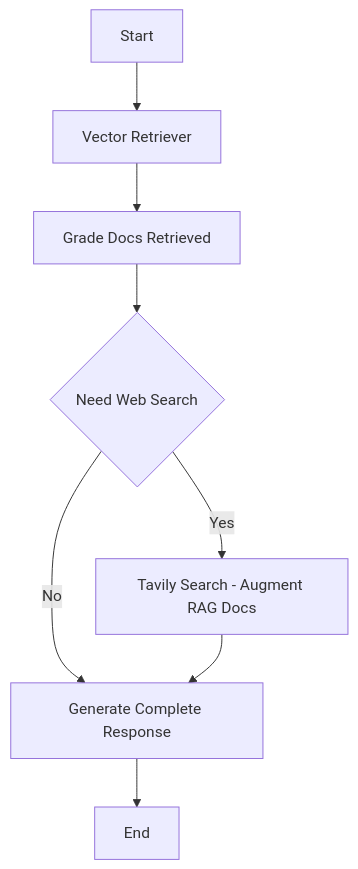
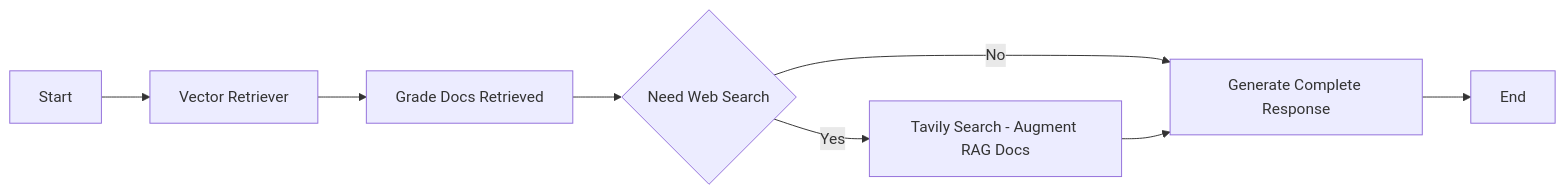
One commit to upjohnc/langgraph-with-evalution-psg changed the diagram in slidev/slides.md. Above: the diagram before and after it, drawn with Mermaid. The commit also changed other lines of this file and 2 other files, not shown here.

````diff
--- a/slidev/slides.md
+++ b/slidev/slides.md
@@ -63,10 +44,10 @@
 ```mermaid {theme: 'neutral', scale: 0.5}
-graph TD
+graph LR
 A[Start] --> B[Vector Retriever]
 B --> C[Grade Docs Retrieved]
 C --> D{Need Web Search}
 D -->|No| E[Generate Complete Response]
 D -->|Yes| F[Tavily Search - Augment RAG Docs]
 F --> E
 E --> G[End]
 ```
````
